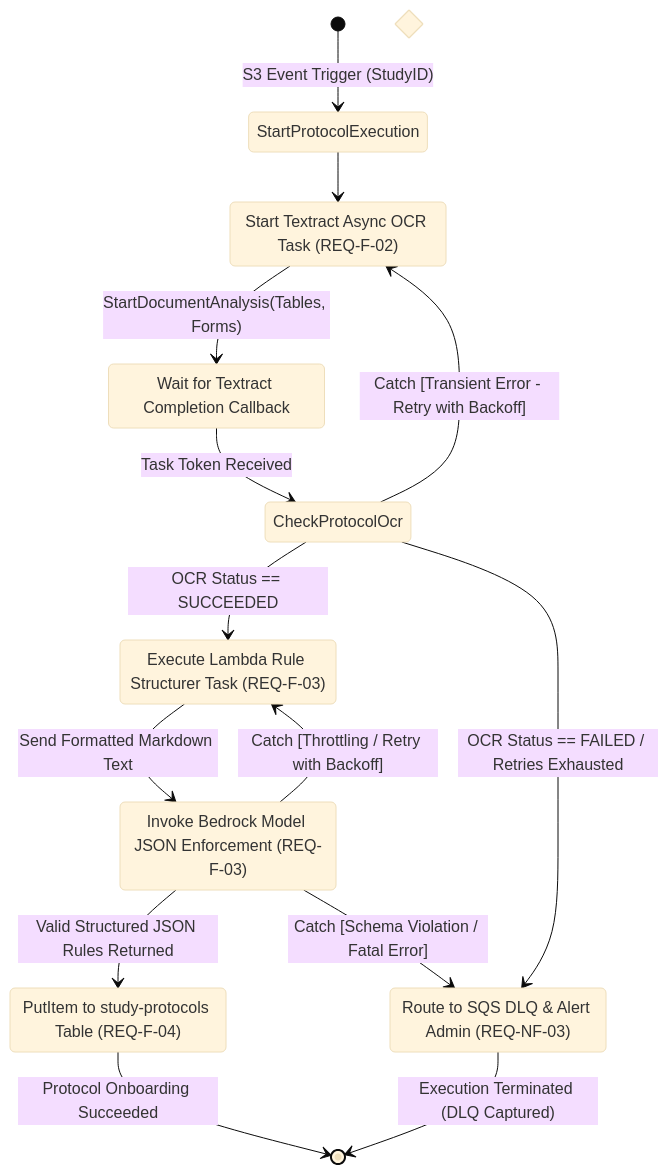
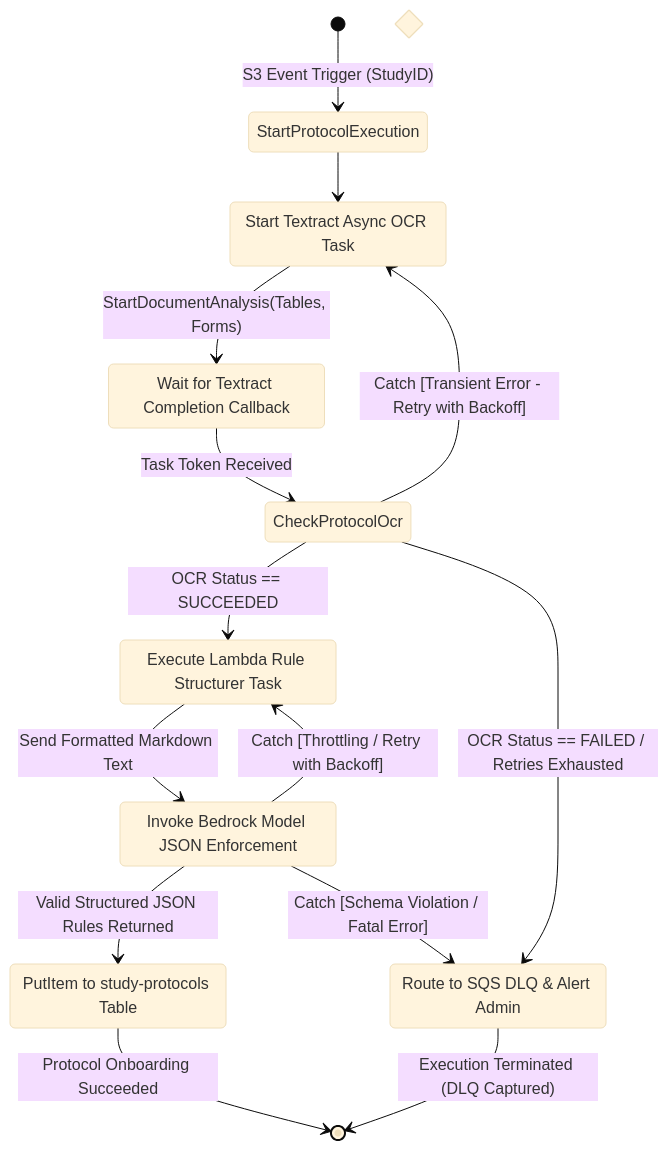
One commit to skarj/aws-solution-medical-agent changed the third of 6 diagrams in Architecture.md. Above: the diagram before and after it, drawn with Mermaid (base theme). The commit also changed other lines of this file and 5 other files, not shown here.

Commit message:
Remove tags from diagrams, change persona name

````diff
--- a/Architecture.md
+++ b/Architecture.md
@@ -77,28 +77,28 @@
 ```mermaid
 stateDiagram-v2
     [*] --> StartProtocolExecution: S3 Event Trigger (StudyID)
     
-    state "Start Textract Async OCR Task (REQ-F-02)" as StartProtocolOcr
+    state "Start Textract Async OCR Task" as StartProtocolOcr
     state "Wait for Textract Completion Callback" as WaitForProtocolOcr
     state "Check OCR Status" as CheckProtocolOcr <<choice>>
-    state "Execute Lambda Rule Structurer Task (REQ-F-03)" as LambdaExtractRules
-    state "Invoke Bedrock Model JSON Enforcement (REQ-F-03)" as BedrockRulePrompt
-    state "PutItem to study-protocols Table (REQ-F-04)" as PersistProtocolRules
-    state "Route to SQS DLQ & Alert Admin (REQ-NF-03)" as ProtocolErrorState
+    state "Execute Lambda Rule Structurer Task" as LambdaExtractRules
+    state "Invoke Bedrock Model JSON Enforcement" as BedrockRulePrompt
+    state "PutItem to study-protocols Table" as PersistProtocolRules
+    state "Route to SQS DLQ & Alert Admin" as ProtocolErrorState
 
     StartProtocolExecution --> StartProtocolOcr
     StartProtocolOcr --> WaitForProtocolOcr: StartDocumentAnalysis(Tables, Forms)
     WaitForProtocolOcr --> CheckProtocolOcr: Task Token Received
     
     CheckProtocolOcr --> LambdaExtractRules: OCR Status == SUCCEEDED
     CheckProtocolOcr --> StartProtocolOcr: Catch [Transient Error - Retry with Backoff]
     CheckProtocolOcr --> ProtocolErrorState: OCR Status == FAILED / Retries Exhausted
 
     LambdaExtractRules --> BedrockRulePrompt: Send Formatted Markdown Text
     BedrockRulePrompt --> PersistProtocolRules: Valid Structured JSON Rules Returned
     BedrockRulePrompt --> LambdaExtractRules: Catch [Throttling / Retry with Backoff]
     BedrockRulePrompt --> ProtocolErrorState: Catch [Schema Violation / Fatal Error]
 
     PersistProtocolRules --> [*]: Protocol Onboarding Succeeded
     ProtocolErrorState --> [*]: Execution Terminated (DLQ Captured)
 ```
````
